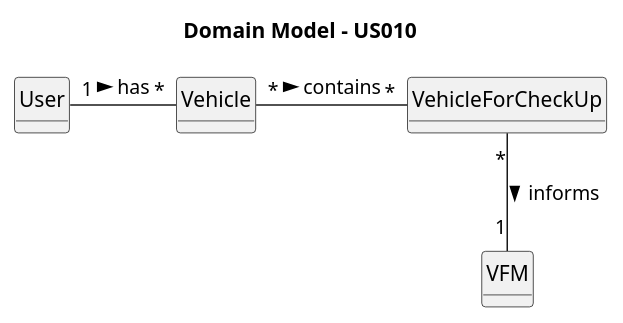
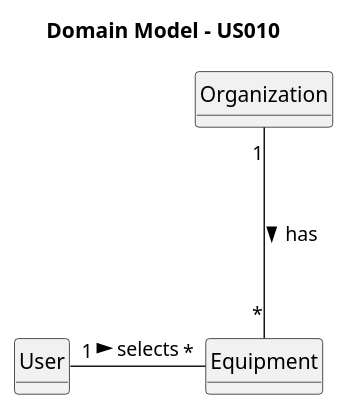
One commit to SAEmanuel/Green_Spaces_Management_ISEP changed the diagram in docs/sprintB/us010/02.analysis/puml/us010-domain-model.puml. Above: the diagram before and after it, drawn with PlantUML. The commit also changed 2 other files, not shown here.

```diff
--- a/docs/sprintB/us010/02.analysis/puml/us010-domain-model.puml
+++ b/docs/sprintB/us010/02.analysis/puml/us010-domain-model.puml
@@ -1,25 +1,31 @@
 @startuml
 skinparam monochrome true
 skinparam packageStyle rectangle
 skinparam shadowing false
 
 'left to right direction
 
 skinparam classAttributeIconSize 0
 
 hide circle
 hide methods
 
 title Domain Model - US010
 
+class Organization {
+}
+
 class User {
 
 }
 
+class Equipment {
+
+}
+
+Organization "1" --- "*" Equipment: has >
+User "1"- "*" Equipment: selects >
 
 
-User "1" - "*" Vehicle: has >
-Vehicle "*"- "*" VehicleForCheckUp: contains >
-VehicleForCheckUp "*" -- "1" VFM : informs >
 
 @enduml
```
